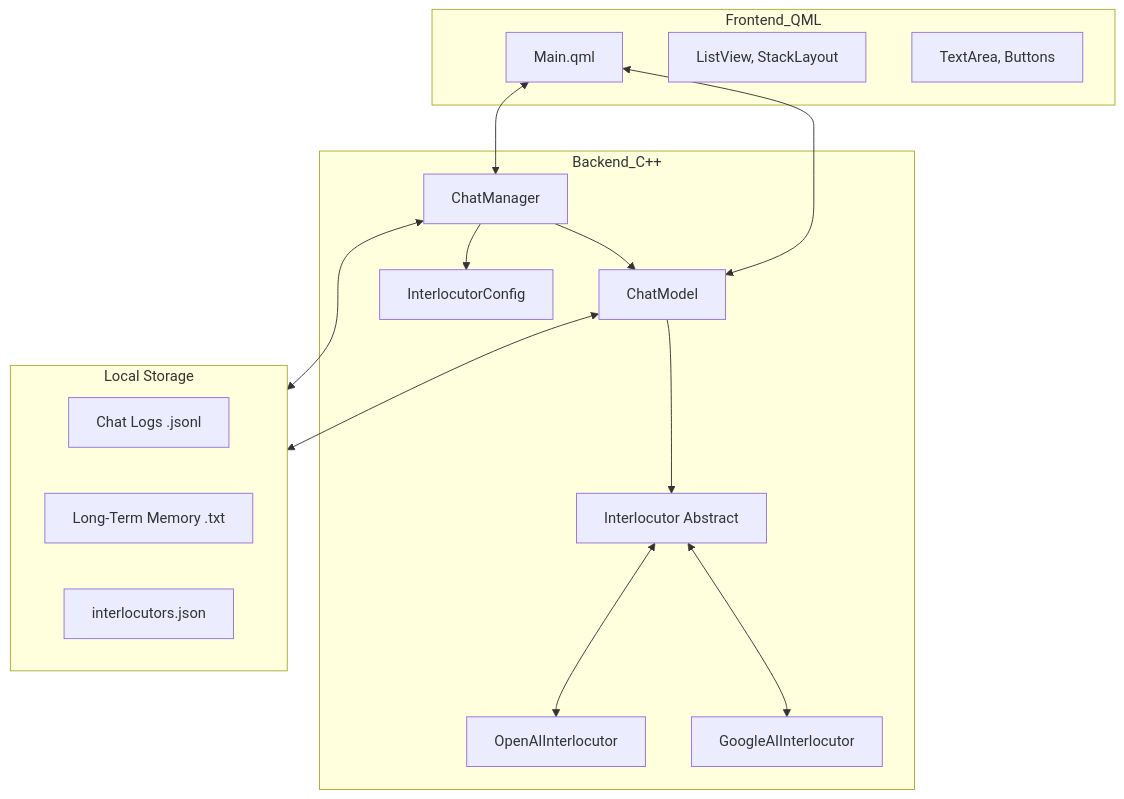
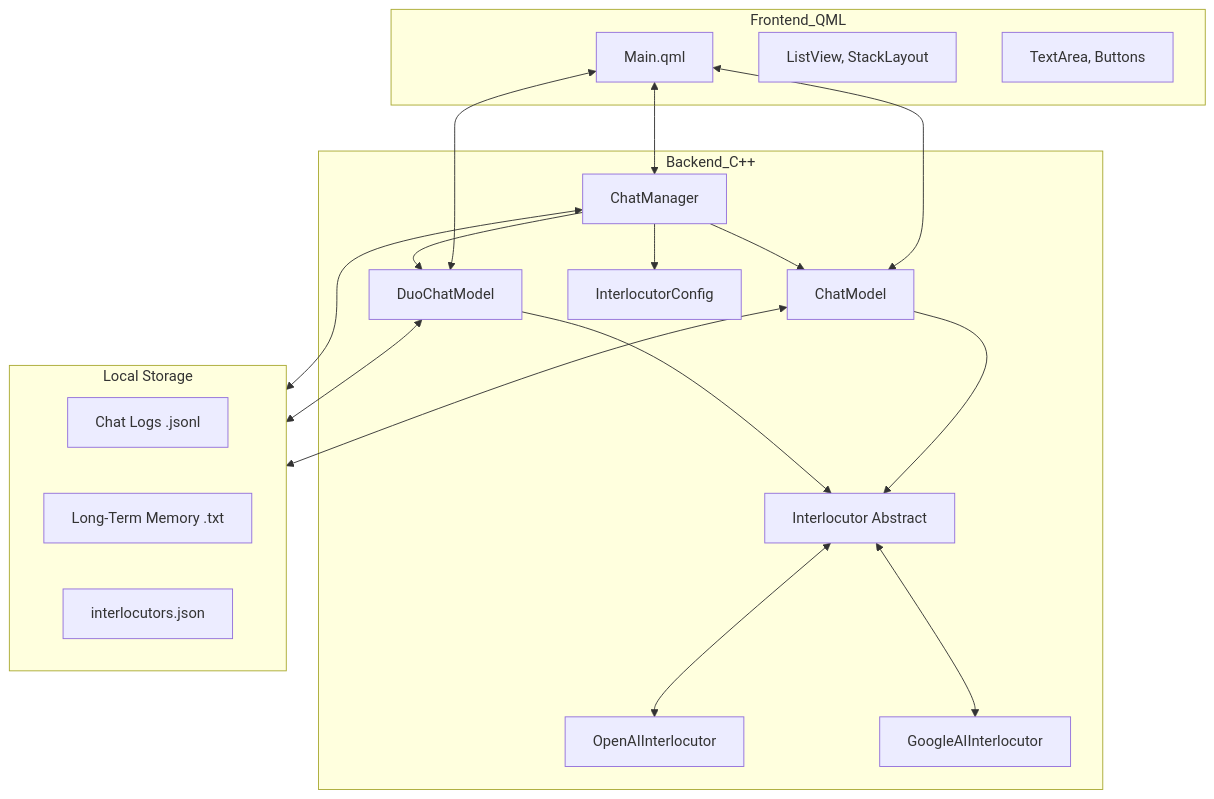
Before and after one commit to EJ-Tether/Tether-Chat: the diagram in SOFTWARE_DESIGN.md, drawn with Mermaid. The commit also changed other lines of this file and 9 other files, not shown here.

````diff
--- a/SOFTWARE_DESIGN.md
+++ b/SOFTWARE_DESIGN.md
@@ -17,33 +17,38 @@
 ```mermaid
 graph TD
     subgraph Frontend [Frontend_QML]
         UI[Main.qml]
         Views[ListView, StackLayout]
         Controls[TextArea, Buttons]
     end
 
     subgraph Backend [Backend_C++]
         CM[ChatManager]
         Model[ChatModel]
+        Duo[DuoChatModel]
         Int[Interlocutor Abstract]
         OpenAI[OpenAIInterlocutor]
         Google[GoogleAIInterlocutor]
         Config[InterlocutorConfig]
     end
 
     subgraph Storage [Local Storage]
         JSONL[Chat Logs .jsonl]
         Mem[Long-Term Memory .txt]
         Conf[interlocutors.json]
     end
 
     UI <--> CM
     UI <--> Model
+    UI <--> Duo
     CM --> Model
+    CM --> Duo
     CM --> Config
     Model --> Int
+    Duo --> Int
     Int <--> OpenAI
     Int <--> Google
     Model <--> Storage
+    Duo <--> Storage
     CM <--> Storage
 ```
````
